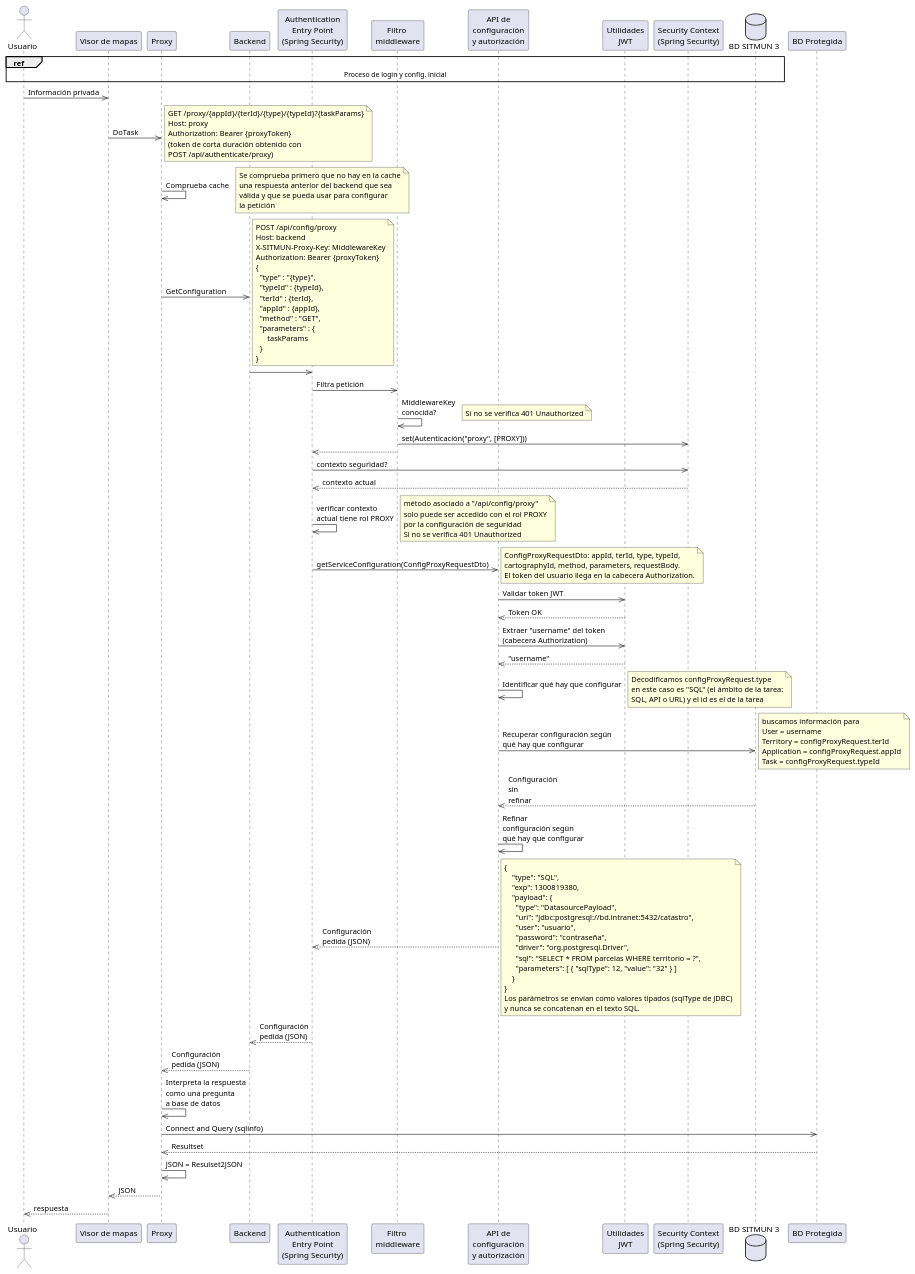
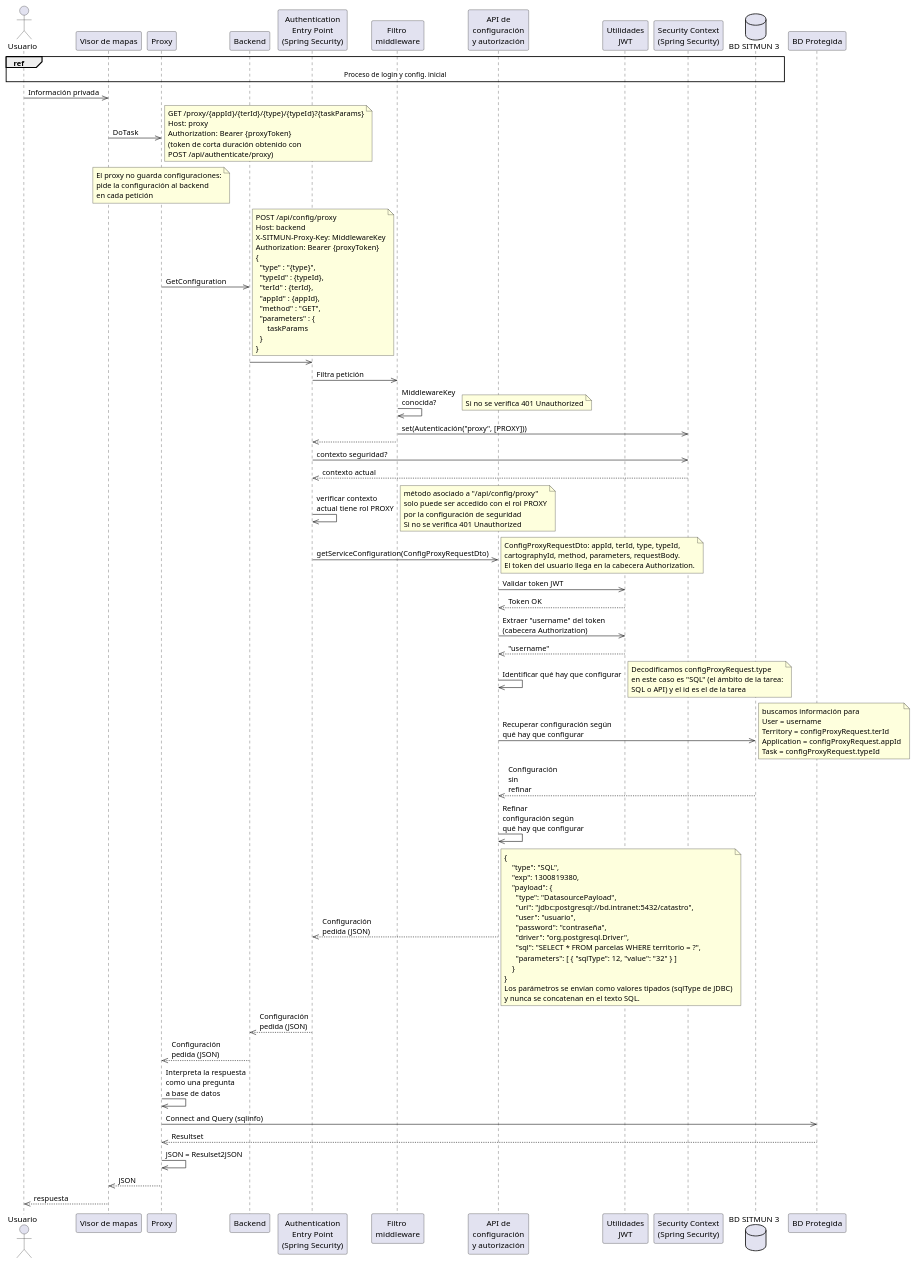
One commit to sitmun/sitmun.github.io changed the fourth of 6 diagrams in docs/que-es-sitmun/plataforma/arquitectura/index.md. Above: the diagram before and after it, drawn with PlantUML. The commit also changed other lines of this file and 12 other files, not shown here.

First line of the commit message:
docs: round 6 fixes for the guides, architecture, API and install pages

```diff
--- a/docs/que-es-sitmun/plataforma/arquitectura/index.md
+++ b/docs/que-es-sitmun/plataforma/arquitectura/index.md
@@ -663,12 +652,10 @@
  (token de corta duración obtenido con
  POST /api/authenticate/proxy)
 end note
-Proxy ->> Proxy: Comprueba cache
-note right
- Se comprueba primero que no hay en la cache
- una respuesta anterior del backend que sea 
- válida y que se pueda usar para configurar
- la petición
+note over Proxy
+ El proxy no guarda configuraciones:
+ pide la configuración al backend
+ en cada petición
 end note
 Proxy ->> Backend: GetConfiguration
 note right
@@ -719,7 +706,7 @@
 note right
   Decodificamos configProxyRequest.type
   en este caso es "SQL" (el ámbito de la tarea:
-  SQL, API o URL) y el id es el de la tarea
+  SQL o API) y el id es el de la tarea
 end note
 ConfigurationAPI ->> Database: Recuperar configuración según\nqué hay que configurar
 note right
```
